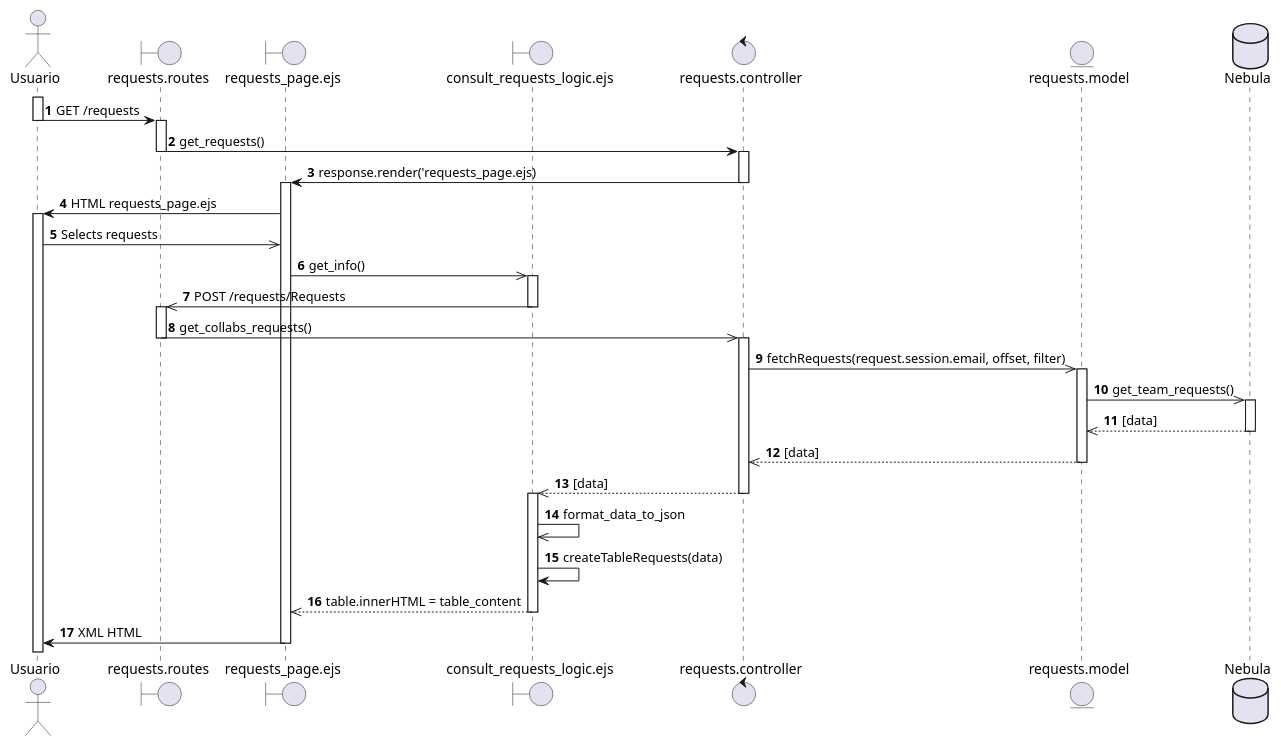
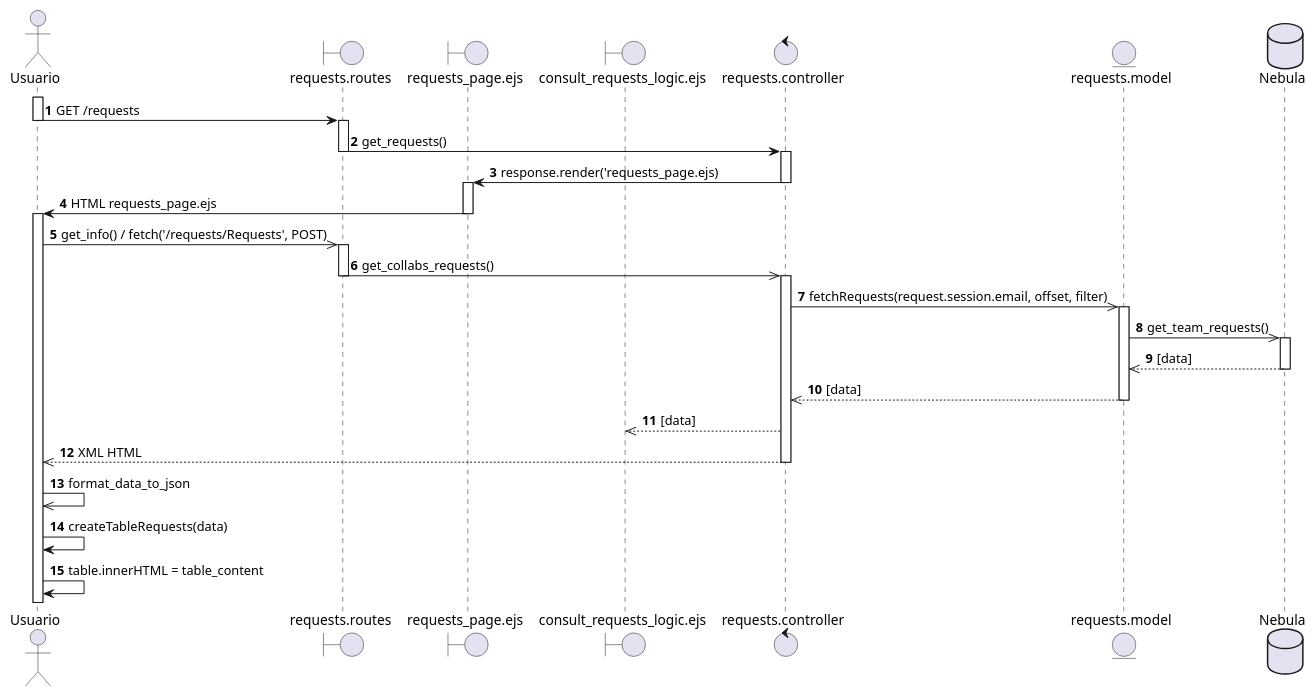
The diagram in diagramas_secuencia/leader_consult_abscence_requests.puml (SALV19/Nebula_tc2005b), drawn with PlantUML before and after one commit.

Commit message:
[FIX] diagram 2

```diff
--- a/diagramas_secuencia/leader_consult_abscence_requests.puml
+++ b/diagramas_secuencia/leader_consult_abscence_requests.puml
@@ -1,51 +1,47 @@
 @startuml Prueba
 autonumber
 actor Usuario as u
 boundary requests.routes as rr
 boundary requests_page.ejs as rpe
 boundary consult_requests_logic.ejs as crl
 control requests.controller as rc
 entity requests.model as rm
 database Nebula as db
 
 activate u
 u -> rr : GET /requests
 deactivate u
 
 activate rr
 rr -> rc : get_requests()
 deactivate rr
 activate rc
 rc -> rpe : response.render('requests_page.ejs)
 deactivate rc
 activate rpe 
 rpe -> u : HTML requests_page.ejs
+deactivate rpe
 activate u
-u ->> rpe : Selects requests
-rpe ->> crl : get_info()
-activate crl
-crl ->> rr : POST /requests/Requests
-deactivate crl
+u ->> rr : get_info() / fetch('/requests/Requests', POST)
 activate rr
 rr ->> rc : get_collabs_requests()
 deactivate rr
 activate rc
 rc ->> rm : fetchRequests(request.session.email, offset, filter)
 activate rm
 rm ->> db : get_team_requests()
 activate db
 db -->> rm : [data] 
 deactivate db
 rm -->> rc : [data]
 deactivate rm
 rc -->> crl : [data]
+rc -->> u : XML HTML
 deactivate rc
-activate crl
-crl ->> crl : format_data_to_json
-crl -> crl : createTableRequests(data)
-crl -->> rpe : table.innerHTML = table_content
-deactivate crl
-rpe -> u : XML HTML
+
+u ->> u : format_data_to_json
+u -> u : createTableRequests(data)
+u -> u : table.innerHTML = table_content
 deactivate rpe
 
 @enduml
```
